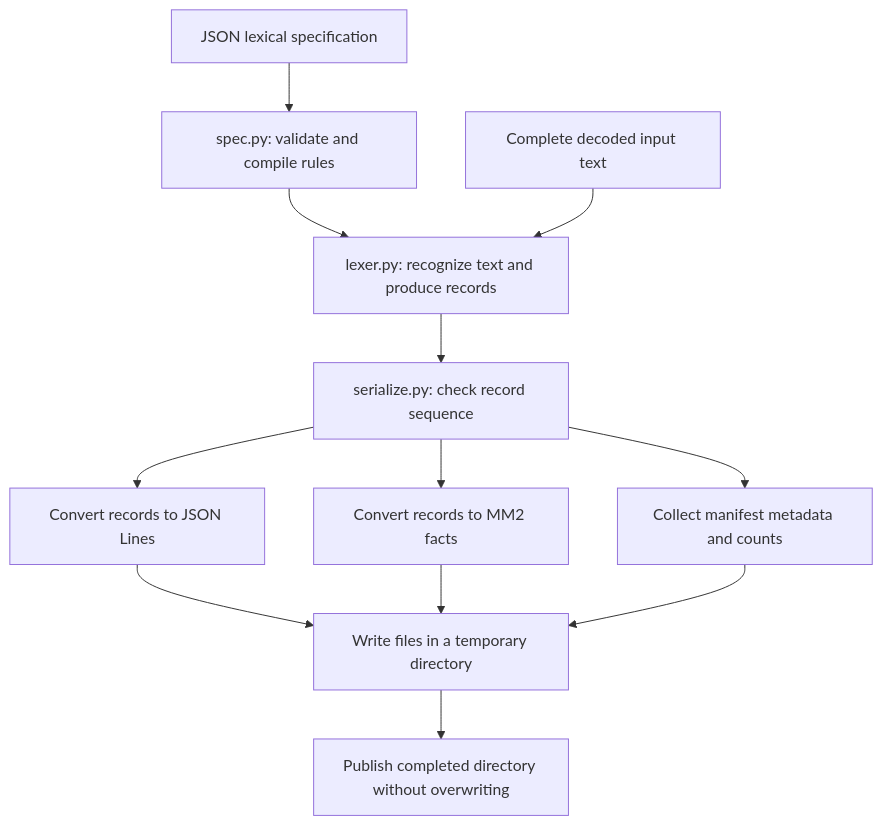
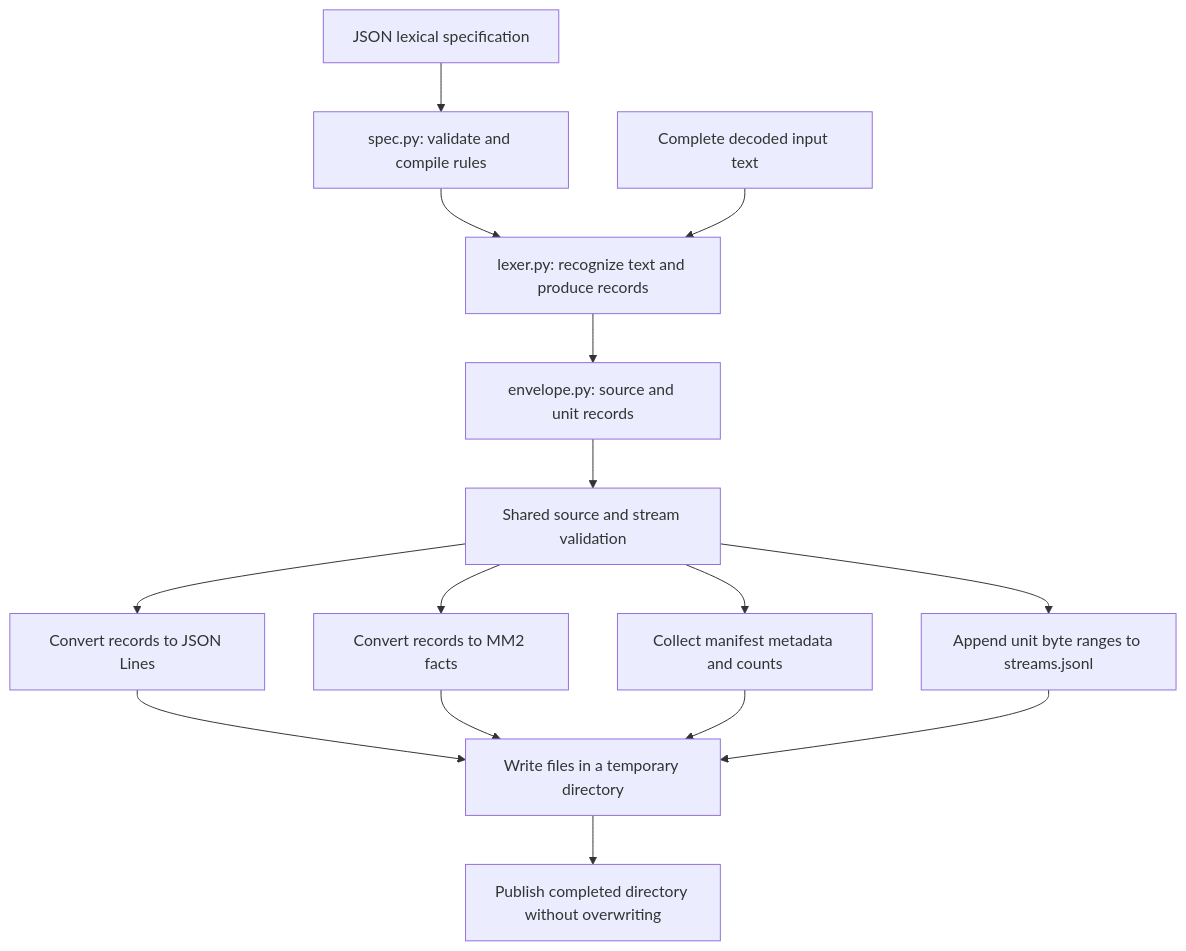
One commit to dort/bits changed the diagram in mm2/parsing/lexer/docs/serialize_explainer.md. Above: the diagram before and after it, drawn with Mermaid. The commit also changed other lines of this file and 14 other files, not shown here.

````diff
--- a/mm2/parsing/lexer/docs/serialize_explainer.md
+++ b/mm2/parsing/lexer/docs/serialize_explainer.md
@@ -17,14 +19,17 @@
 ```mermaid
 flowchart TD
     A[JSON lexical specification] --> B[spec.py: validate and compile rules]
     B --> C[lexer.py: recognize text and produce records]
     T[Complete decoded input text] --> C
-    C --> D[serialize.py: check record sequence]
+    C --> S[envelope.py: source and unit records]
+    S --> D[Shared source and stream validation]
     D --> E[Convert records to JSON Lines]
     D --> F[Convert records to MM2 facts]
     D --> G[Collect manifest metadata and counts]
     E --> H[Write files in a temporary directory]
     F --> H
     G --> H
+    D --> J[Append unit byte ranges to streams.jsonl]
+    J --> H
     H --> I[Publish completed directory without overwriting]
 ```
````
